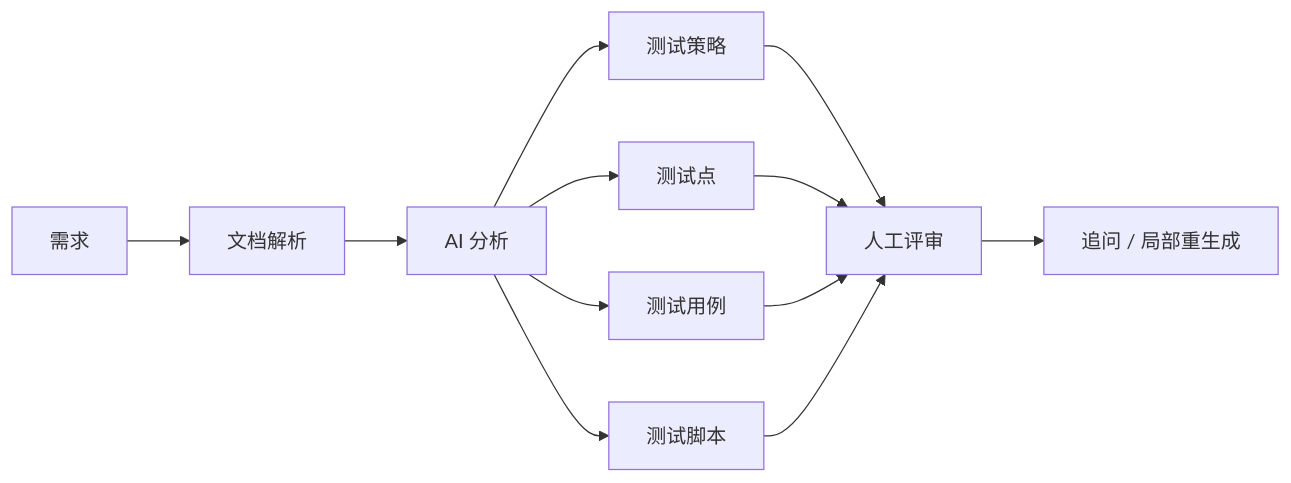
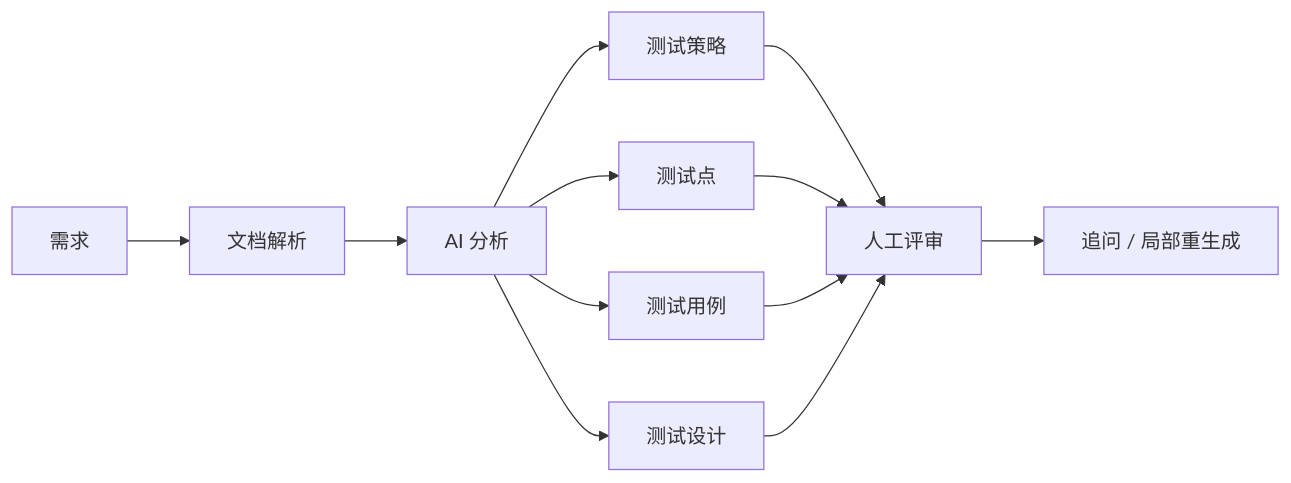
The diagram in README.zh-CN.md (Dream22180971/TestPilotAgent), drawn with Mermaid before and after one commit. The commit also changed other lines of this file and 19 other files, not shown here.

First line of the commit message:
feat: 「测试脚本」升级为「测试设计」思维导图 + 品牌更名「领航」

````diff
--- a/README.zh-CN.md
+++ b/README.zh-CN.md
@@ -84,14 +84,14 @@
 ```mermaid
 flowchart LR
     A[需求] --> B[文档解析]
     B --> C[AI 分析]
     C --> D[测试策略]
     C --> E[测试点]
     C --> F[测试用例]
-    C --> G[测试脚本]
+    C --> G[测试设计]
     D --> H[人工评审]
     E --> H
     F --> H
     G --> H
     H --> I[追问 / 局部重生成]
 ```
````
